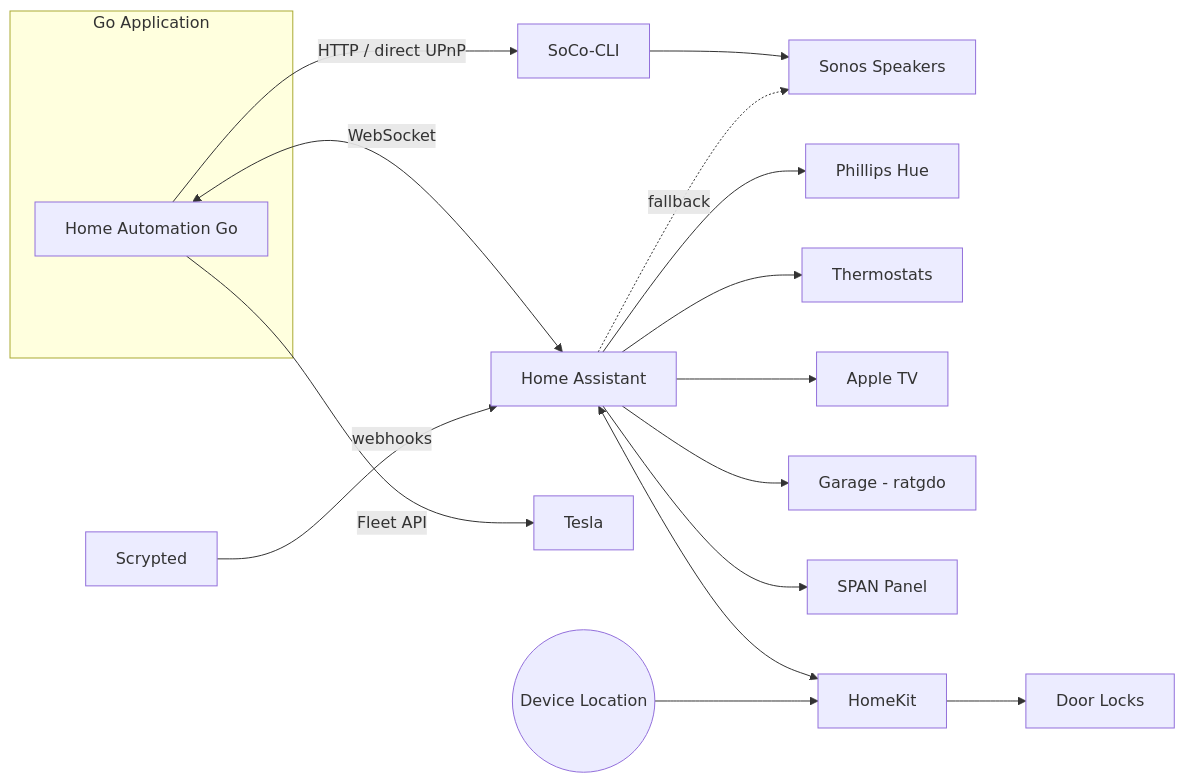
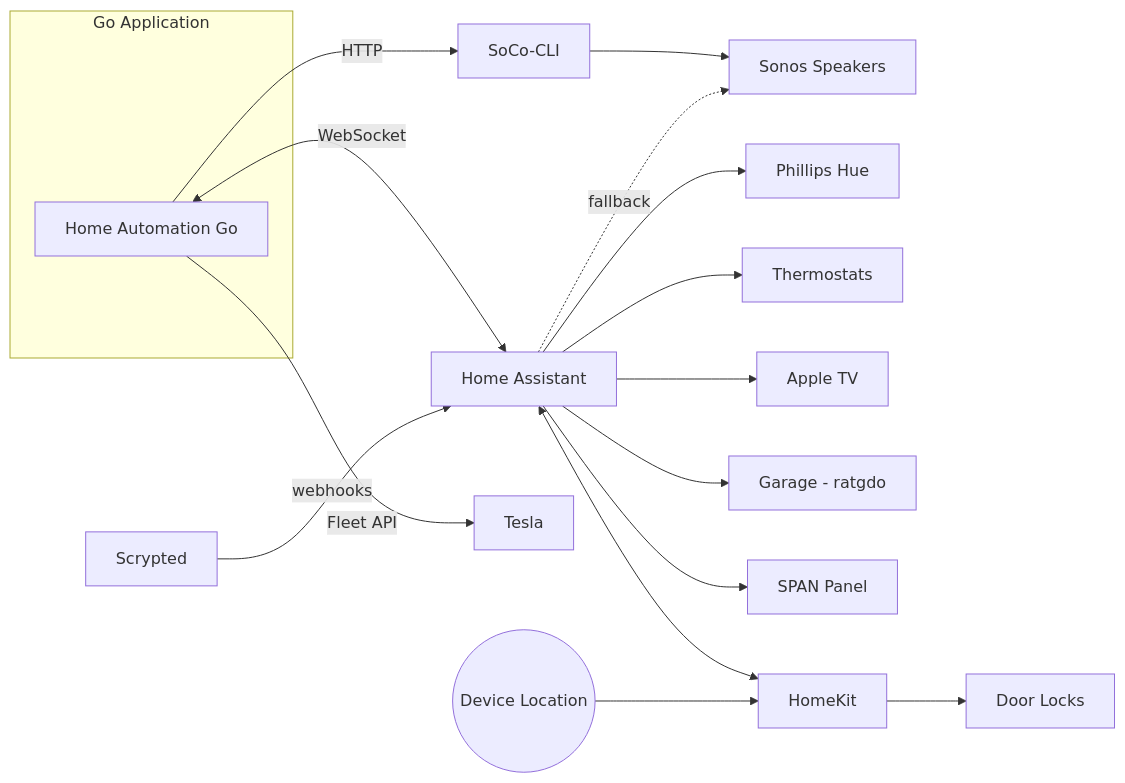
The diagram in README.md (NickBorgers/home-automation), drawn with Mermaid before and after one commit. The commit also changed 1 other file, not shown here.

Commit message:
docs: address merge review findings — add CURRENT_BEHAVIOR.md to AGENTS.md key table, fix edge label
Add CURRENT_BEHAVIOR.md to the Key Documentation table in AGENTS.md so AI
agents navigating the repo find the authority hierarchy doc immediately.

Fix README.md architecture diagram edge label from "HTTP / direct UPnP" to
"HTTP": the app speaks HTTP to SoCo-CLI; SoCo-CLI speaks UPnP to speakers.

````diff
--- a/README.md
+++ b/README.md
@@ -7,20 +7,20 @@
 ```mermaid
 flowchart LR
     subgraph "Go Application"
         A[Home Automation Go]
     end
     A <-->|WebSocket| B[Home Assistant]
-    A -->|HTTP / direct UPnP| M[SoCo-CLI]
+    A -->|HTTP| M[SoCo-CLI]
     M --> C[Sonos Speakers]
     B -.->|fallback| C
     A -->|Fleet API| T[Tesla]
     B --> D[Phillips Hue]
     B --> E[Thermostats]
     B --> F[Apple TV]
     B --> G[Garage - ratgdo]
     B --> H[SPAN Panel]
     B <--> I[HomeKit]
     I --> J[Door Locks]
     K[Scrypted] -->|webhooks| B
     L((Device Location)) --> I
 ```
````
